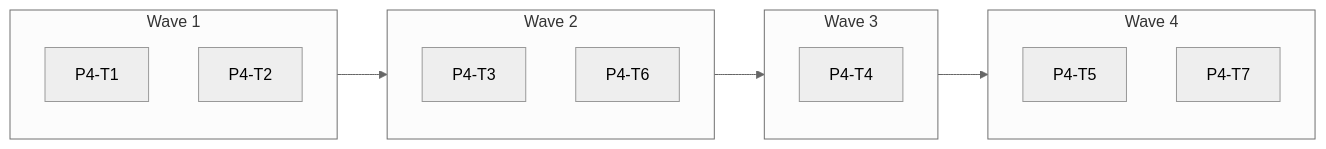
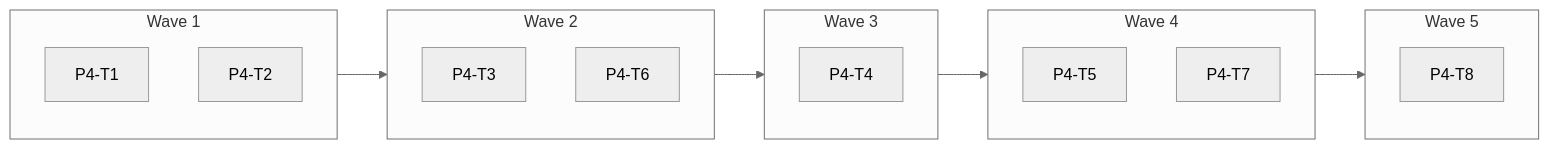
Before and after one commit to giorgosroussos/uplift: the sixth of 11 diagrams in build/docs/phases.md, drawn with Mermaid (neutral theme). The commit also changed other lines of this file and 28 other files, not shown here.

````diff
--- a/build/docs/phases.md
+++ b/build/docs/phases.md
@@ -280,21 +282,25 @@
 ```mermaid
 flowchart LR
   subgraph W1["Wave 1"]
     P4_T1["P4-T1"]
     P4_T2["P4-T2"]
   end
   subgraph W2["Wave 2"]
     P4_T3["P4-T3"]
     P4_T6["P4-T6"]
   end
   W1 --> W2
   subgraph W3["Wave 3"]
     P4_T4["P4-T4"]
   end
   W2 --> W3
   subgraph W4["Wave 4"]
     P4_T5["P4-T5"]
     P4_T7["P4-T7"]
   end
   W3 --> W4
+  subgraph W5["Wave 5"]
+    P4_T8["P4-T8"]
+  end
+  W4 --> W5
 ```
````
